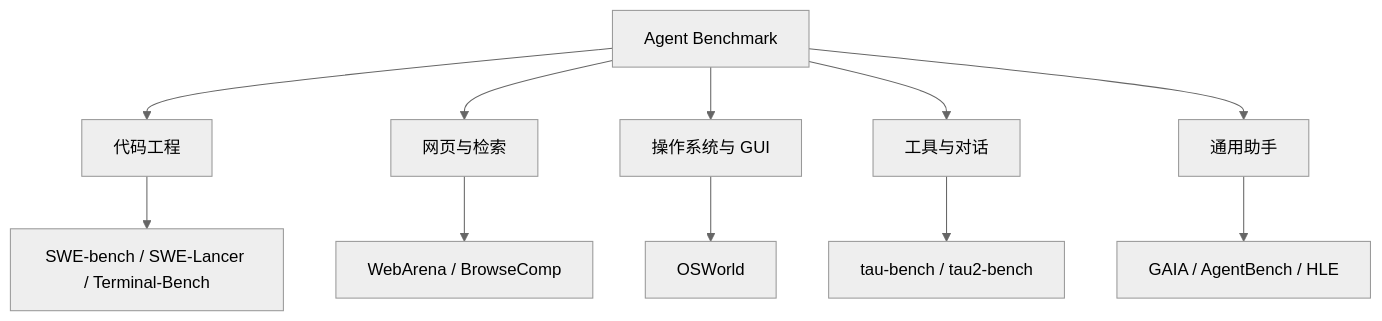
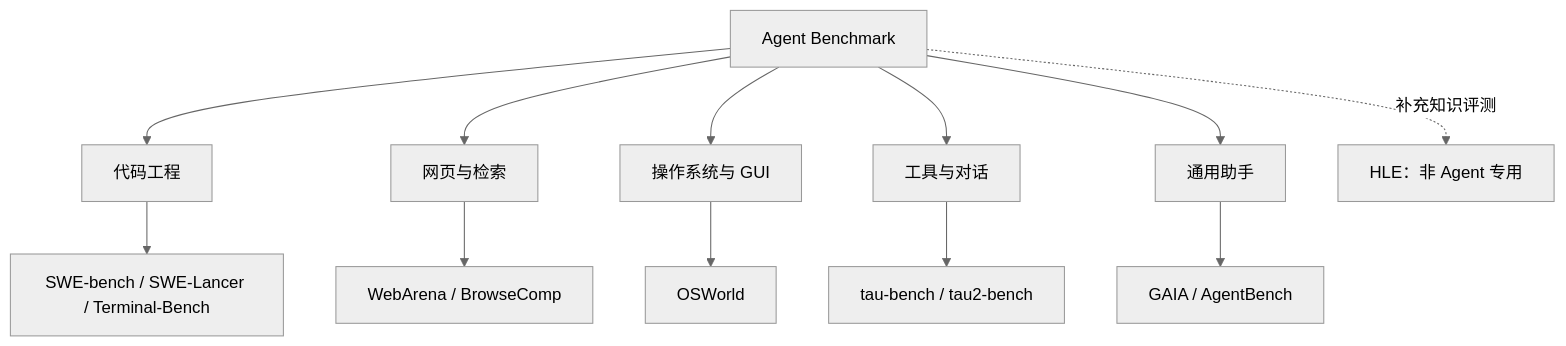
The third of 7 diagrams in docs/agent/05-production/14-agent-evaluation.md (oneleaveknowsthefall/awesome-ai-roadmap), drawn with Mermaid (neutral theme) before and after one commit. The commit also changed other lines of this file and 50 other files, not shown here.

````diff
--- a/docs/agent/05-production/14-agent-evaluation.md
+++ b/docs/agent/05-production/14-agent-evaluation.md
@@ -58,14 +58,15 @@
 ```mermaid
 flowchart TB
     B[Agent Benchmark] --> CODE[代码工程]
     B --> WEB[网页与检索]
     B --> GUI[操作系统与 GUI]
     B --> TOOL[工具与对话]
     B --> GEN[通用助手]
 
     CODE --> SWE[SWE-bench / SWE-Lancer / Terminal-Bench]
     WEB --> WA[WebArena / BrowseComp]
     GUI --> OS[OSWorld]
     TOOL --> TAU[tau-bench / tau2-bench]
-    GEN --> GA[GAIA / AgentBench / HLE]
+    GEN --> GA[GAIA / AgentBench]
+    B -.补充知识评测.-> HLE[HLE：非 Agent 专用]
 ```
````
